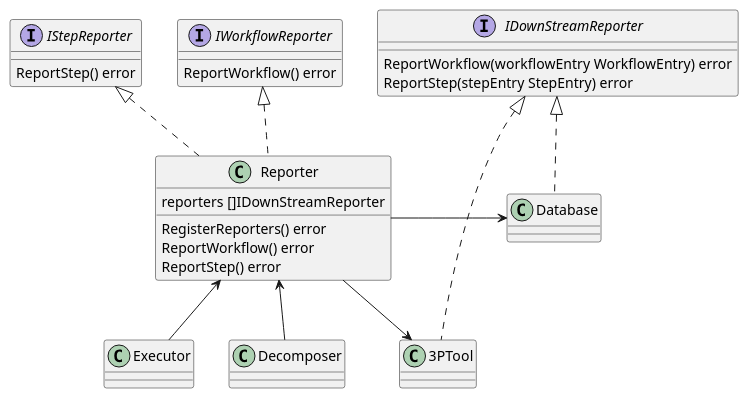
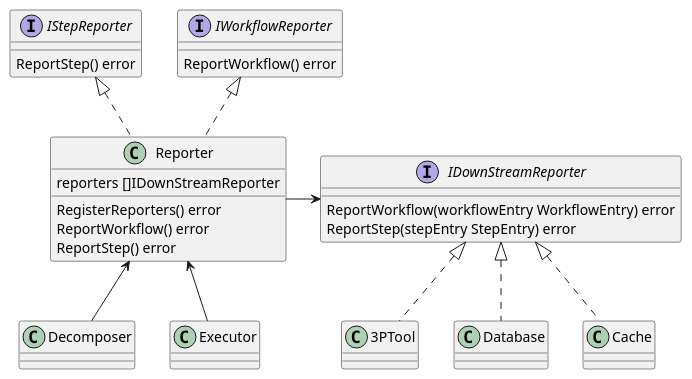
One commit to COSSAS/SOARCA changed the diagram in docs/content/en/docs/core-components/reporting.md. Above: the diagram before and after it, drawn with PlantUML. The commit also changed other lines of this file, not shown here.

Commit message:
improve  documentation page

````diff
--- a/docs/content/en/docs/core-components/reporting.md
+++ b/docs/content/en/docs/core-components/reporting.md
@@ -29,47 +29,46 @@
 ```plantuml
 @startuml
 set separator ::
 
 interface IStepReporter{
    ReportStep() error
 }
 
 interface IWorkflowReporter{
     ReportWorkflow() error
 }
 
 
 interface IDownStreamReporter {
     ReportWorkflow(workflowEntry WorkflowEntry) error
 	ReportStep(stepEntry StepEntry) error
 }
 
 class Reporter {
     reporters []IDownStreamReporter
 
     RegisterReporters() error
     ReportWorkflow() error
     ReportStep() error
 }
 
 class Database
+class Cache
 class 3PTool
 
 class Decomposer
 class Executor
 
 Decomposer -up-> Reporter
 Executor -up-> Reporter
 
 Reporter .up.|> IWorkflowReporter
 Reporter .up.|> IStepReporter
+Reporter -right-> IDownStreamReporter
 
 
 Database .up.|> IDownStreamReporter
+Cache .up.|> IDownStreamReporter
 3PTool .up.|> IDownStreamReporter
 
-
-Reporter -> Database
-Reporter -down-> 3PTool
-
 ```
````
